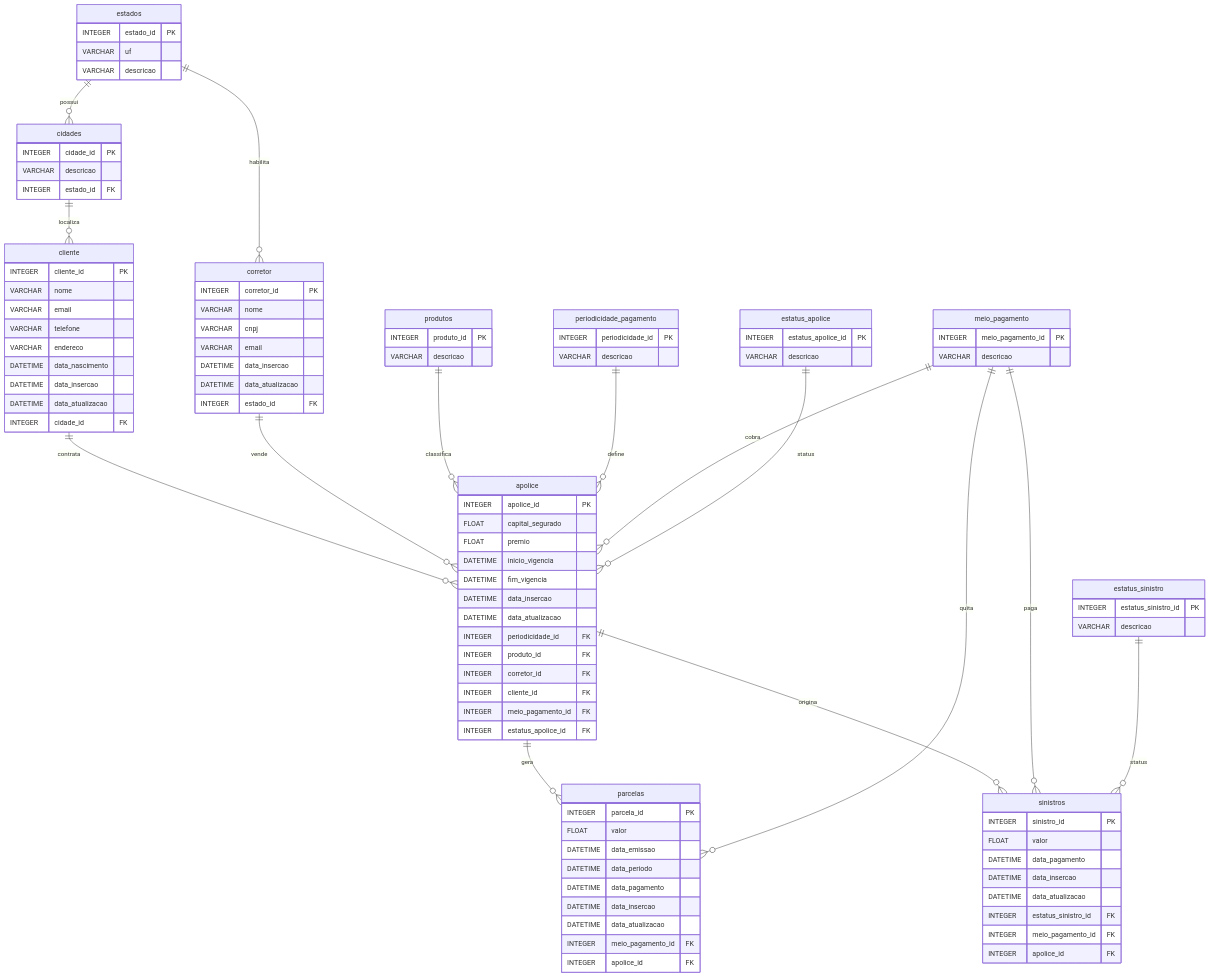
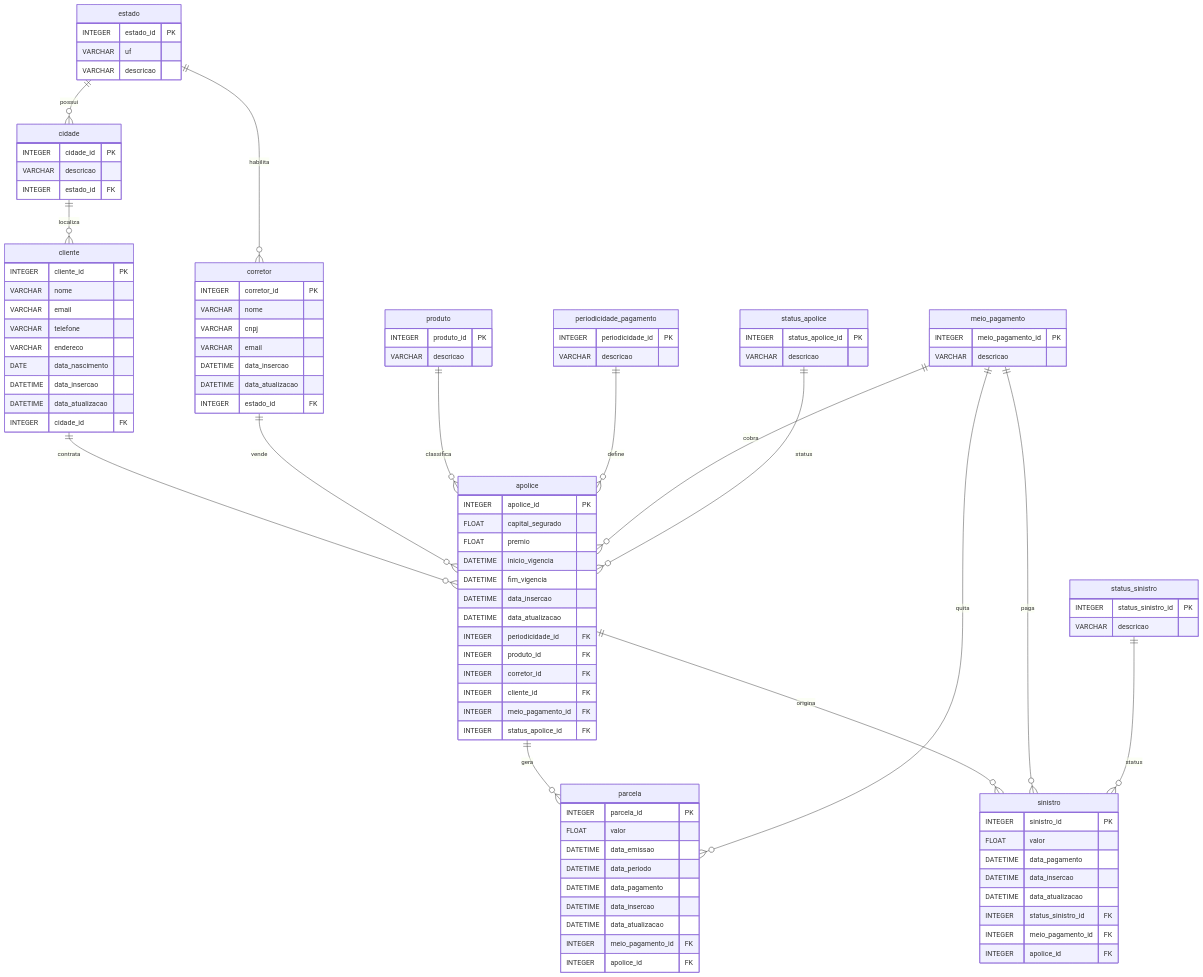
The diagram in apps/seed/README.md (dataforgebr-edu/forlife-insurance-company), drawn with Mermaid before and after one commit. The commit also changed other lines of this file and 58 other files, not shown here.

````diff
--- a/apps/seed/README.md
+++ b/apps/seed/README.md
@@ -136,7 +136,7 @@
     VARCHAR email
     VARCHAR telefone
     VARCHAR endereco
-    DATETIME data_nascimento
+    DATE data_nascimento
     DATETIME data_insercao
     DATETIME data_atualizacao
     INTEGER cidade_id FK
@@ -165,10 +165,10 @@
     INTEGER corretor_id FK
     INTEGER cliente_id FK
     INTEGER meio_pagamento_id FK
-    INTEGER estatus_apolice_id FK
+    INTEGER status_apolice_id FK
   }
 
-  parcelas {
+  parcela {
     INTEGER parcela_id PK
     FLOAT valor
     DATETIME data_emissao
@@ -180,30 +180,30 @@
     INTEGER apolice_id FK
   }
 
-  sinistros {
+  sinistro {
     INTEGER sinistro_id PK
     FLOAT valor
     DATETIME data_pagamento
     DATETIME data_insercao
     DATETIME data_atualizacao
-    INTEGER estatus_sinistro_id FK
+    INTEGER status_sinistro_id FK
     INTEGER meio_pagamento_id FK
     INTEGER apolice_id FK
   }
 
-  estados {
+  estado {
     INTEGER estado_id PK
     VARCHAR uf
     VARCHAR descricao
   }
 
-  cidades {
+  cidade {
     INTEGER cidade_id PK
     VARCHAR descricao
     INTEGER estado_id FK
   }
 
-  produtos {
+  produto {
     INTEGER produto_id PK
     VARCHAR descricao
   }
@@ -218,31 +218,31 @@
     VARCHAR descricao
   }
 
-  estatus_apolice {
-    INTEGER estatus_apolice_id PK
+  status_apolice {
+    INTEGER status_apolice_id PK
     VARCHAR descricao
   }
 
-  estatus_sinistro {
-    INTEGER estatus_sinistro_id PK
+  status_sinistro {
+    INTEGER status_sinistro_id PK
     VARCHAR descricao
   }
 
-  estados ||--o{ cidades : possui
-  cidades ||--o{ cliente : localiza
-  estados ||--o{ corretor : habilita
+  estado ||--o{ cidade : possui
+  cidade ||--o{ cliente : localiza
+  estado ||--o{ corretor : habilita
 
   cliente ||--o{ apolice : contrata
   corretor ||--o{ apolice : vende
-  produtos ||--o{ apolice : classifica
+  produto ||--o{ apolice : classifica
   periodicidade_pagamento ||--o{ apolice : define
   meio_pagamento ||--o{ apolice : cobra
-  estatus_apolice ||--o{ apolice : status
+  status_apolice ||--o{ apolice : status
 
-  apolice ||--o{ parcelas : gera
-  meio_pagamento ||--o{ parcelas : quita
+  apolice ||--o{ parcela : gera
+  meio_pagamento ||--o{ parcela : quita
 
-  apolice ||--o{ sinistros : origina
-  meio_pagamento ||--o{ sinistros : paga
-  estatus_sinistro ||--o{ sinistros : status
+  apolice ||--o{ sinistro : origina
+  meio_pagamento ||--o{ sinistro : paga
+  status_sinistro ||--o{ sinistro : status
 ```
````
